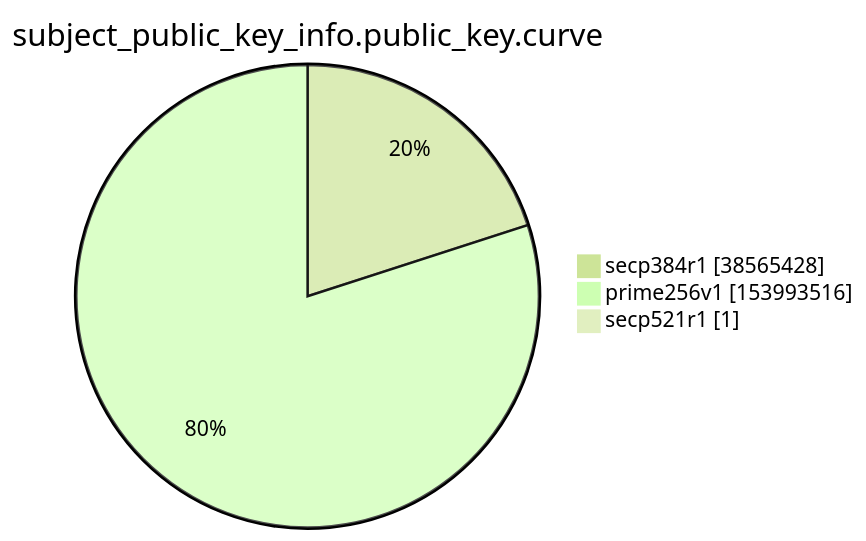
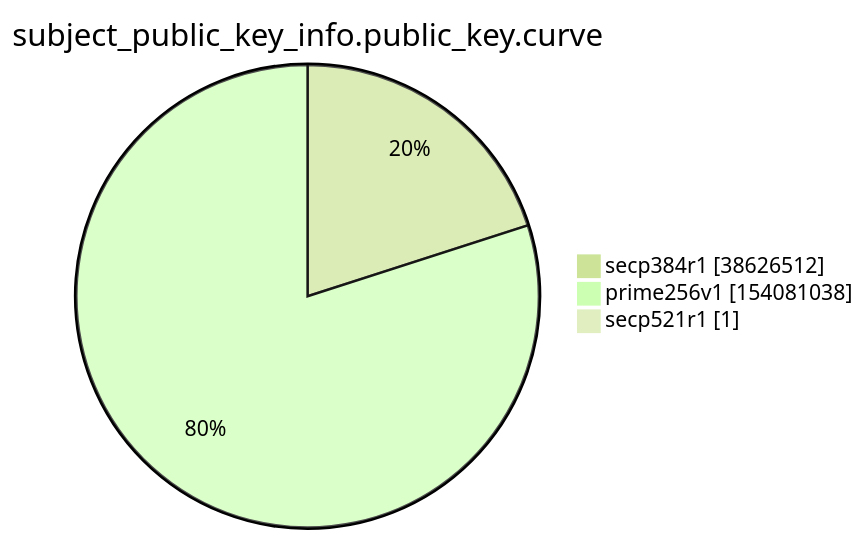
One commit to christiankrug/ctmonitor_visualization changed the ninth of 15 diagrams in xenon2022/README.md. Above: the diagram before and after it, drawn with Mermaid (forest theme). The commit also changed other lines of this file, not shown here.

````diff
--- a/xenon2022/README.md
+++ b/xenon2022/README.md
@@ -2863,7 +2863,7 @@
 ```mermaid
 pie showData
 title subject_public_key_info.public_key.curve
-"secp384r1" :38565428
-"prime256v1" :153993516
+"secp384r1" :38626512
+"prime256v1" :154081038
 "secp521r1" :1
 ```
````
